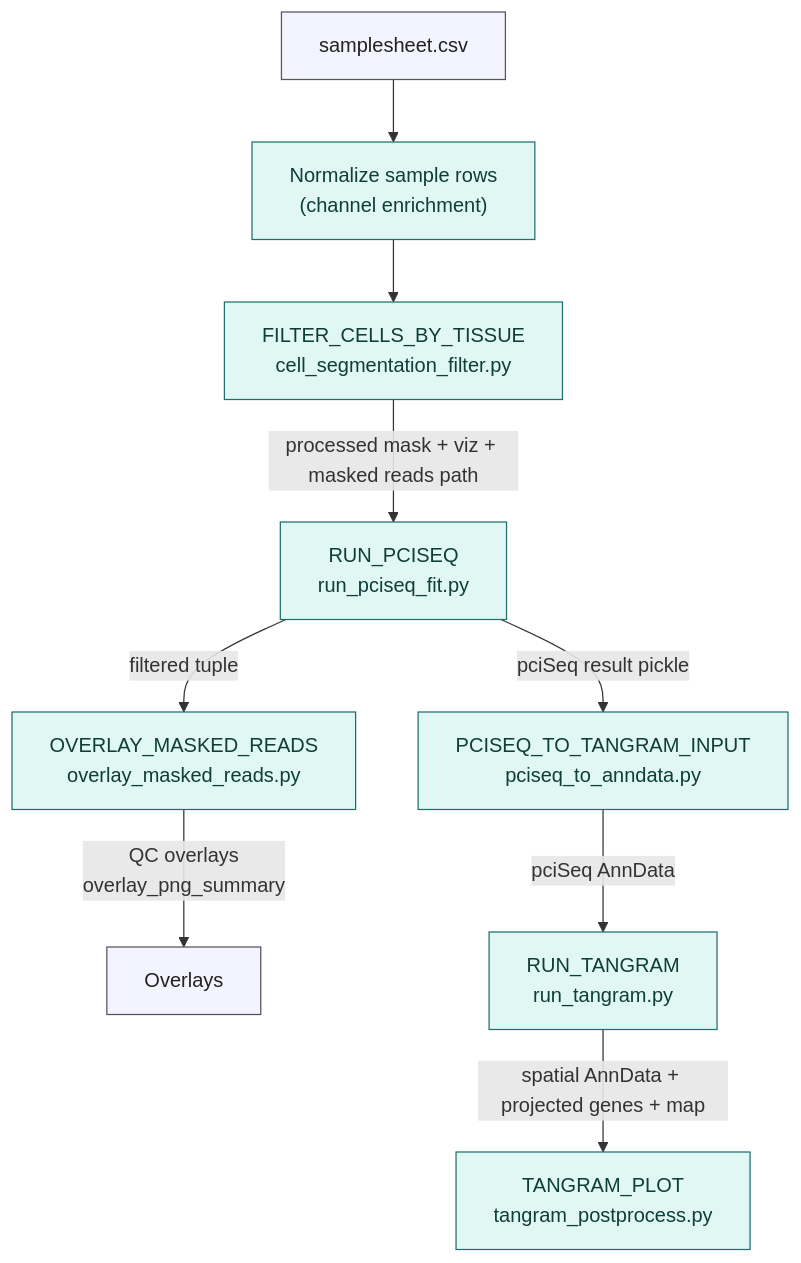
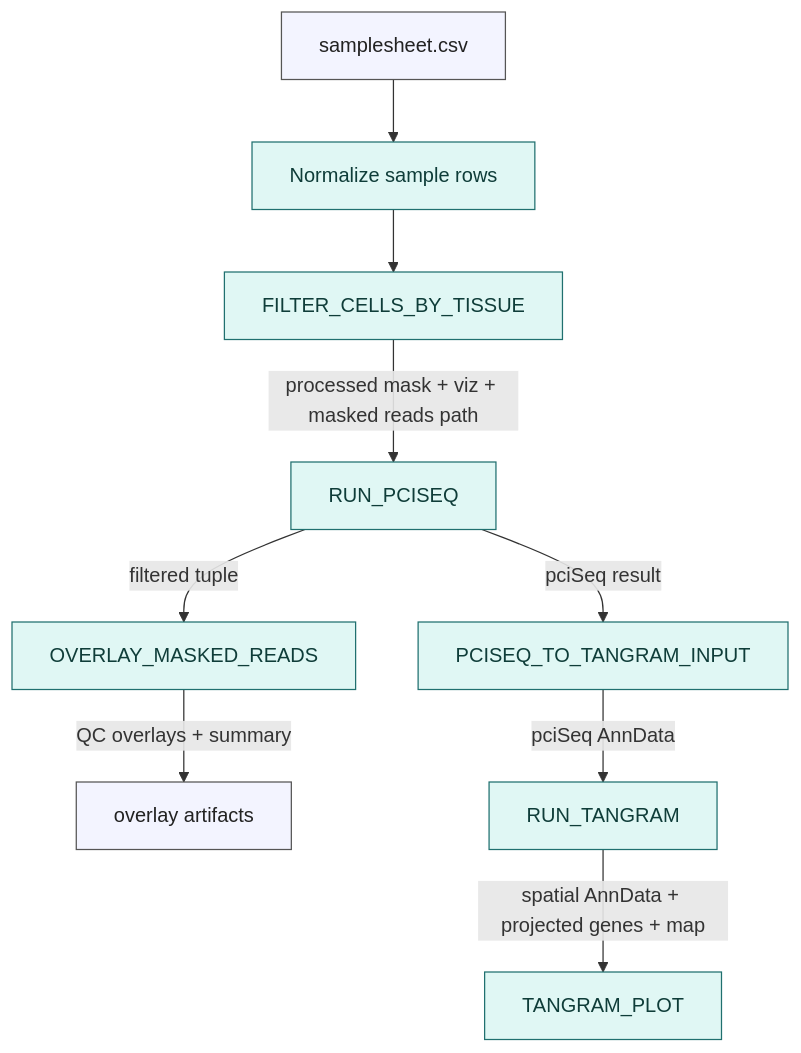
The diagram in docs/workflow_diagram.md (Spagnoli-Lab/spatial_pancreas_community_pipeline), drawn with Mermaid before and after one commit.

Commit message:
update workflow diagram

````diff
--- a/docs/workflow_diagram.md
+++ b/docs/workflow_diagram.md
@@ -3,18 +3,18 @@
 ```mermaid
 flowchart TD
-    A[samplesheet.csv] --> B["Normalize sample rows\n(channel enrichment)"]
-    B --> C["FILTER_CELLS_BY_TISSUE\ncell_segmentation_filter.py"]
-    C -->|processed mask + viz + masked reads path| D["RUN_PCISEQ\nrun_pciseq_fit.py"]
-    D -->|filtered tuple| E["OVERLAY_MASKED_READS\noverlay_masked_reads.py"]
-    E -->|"QC overlays\noverlay_png_summary"| E_out[Overlays]
+    A[samplesheet.csv] --> B["Normalize sample rows"]
+    B --> C["FILTER_CELLS_BY_TISSUE"]
+    C -->|processed mask + viz + masked reads path| D["RUN_PCISEQ"]
+    D -->|filtered tuple| E["OVERLAY_MASKED_READS"]
+    E -->|"QC overlays + summary"| E_out[overlay artifacts]
 
-    D -->|pciSeq result pickle| F["PCISEQ_TO_TANGRAM_INPUT\npciseq_to_anndata.py"]
-    F -->|pciSeq AnnData| G["RUN_TANGRAM\nrun_tangram.py"]
-    G -->|spatial AnnData + projected genes + map| H["TANGRAM_PLOT\ntangram_postprocess.py"]
+    D -->|pciSeq result| F["PCISEQ_TO_TANGRAM_INPUT"]
+    F -->|pciSeq AnnData| G["RUN_TANGRAM"]
+    G -->|spatial AnnData + projected genes + map| H["TANGRAM_PLOT"]
 
     classDef data fill:#f3f4ff,stroke:#555,color:#222;
     classDef process fill:#e0f7f4,stroke:#20706f,color:#0f3d39;
     class A data;
     class B,C,D,E,F,G,H process;
     class E_out data;
 ```
````
